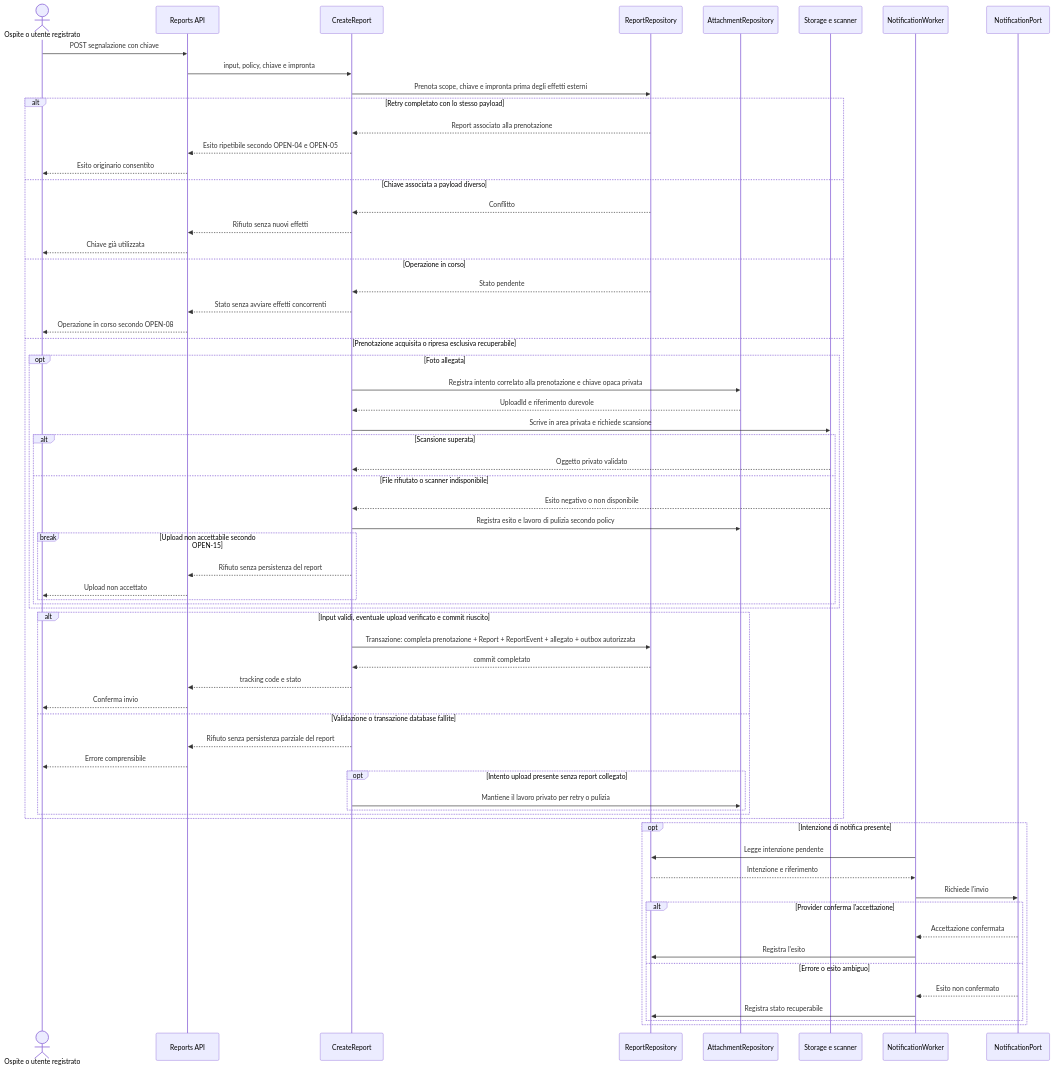
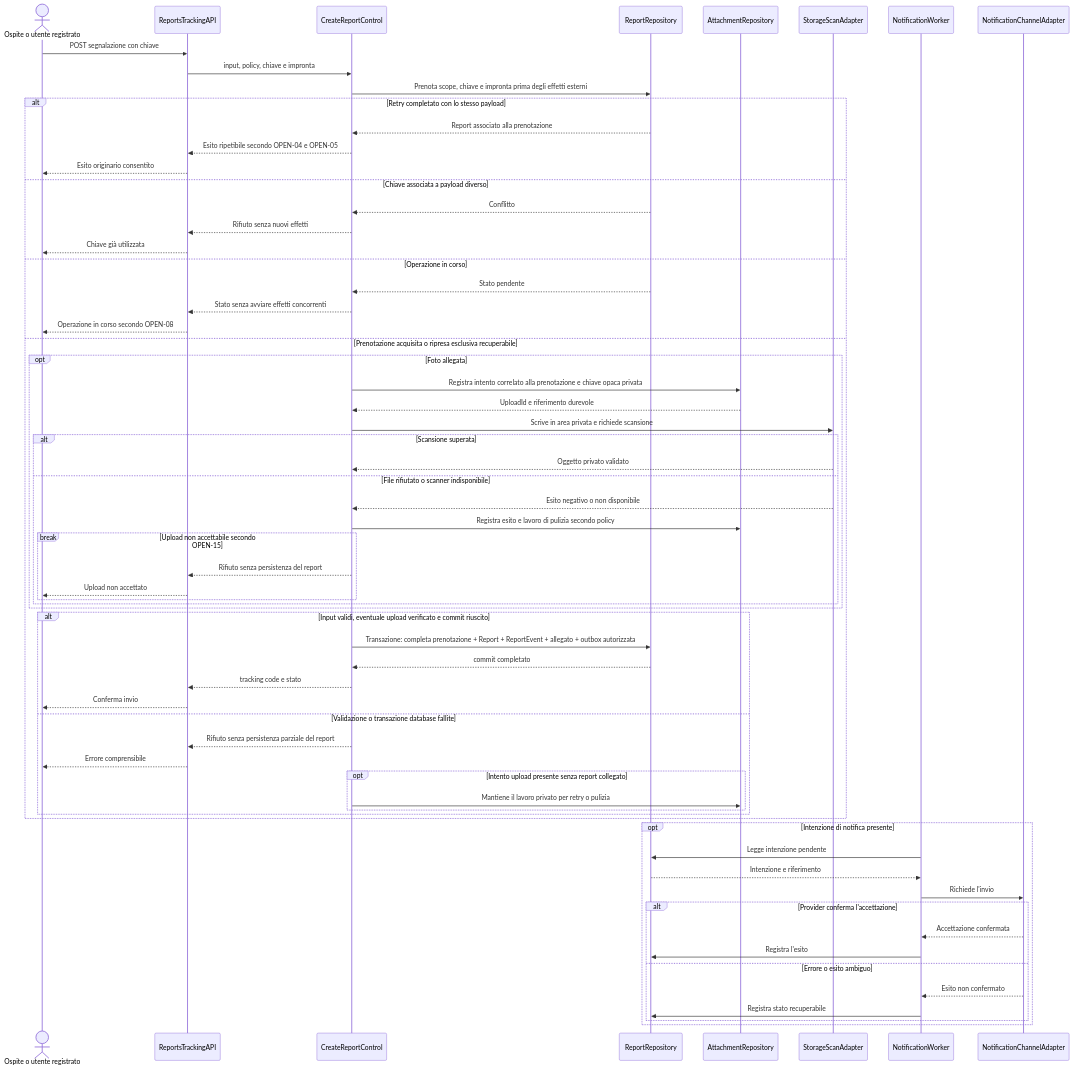
One commit to andreaplini/aegis changed the fifth of 9 diagrams in docs/RAD.md. Above: the diagram before and after it, drawn with Mermaid. The commit also changed other lines of this file and 3 other files, not shown here.

Commit message:
docs: simplify domain model and name UML objects

````diff
--- a/docs/RAD.md
+++ b/docs/RAD.md
@@ -543,68 +513,68 @@
 ```mermaid
 sequenceDiagram
   accDescr: L'API salva segnalazione, evento e intenzione di notifica autorizzata in modo atomico. Un worker invia la notifica dopo il commit e registra gli esiti.
   actor U as Ospite o utente registrato
-  participant API as Reports API
-  participant UC as CreateReport
+  participant API as ReportsTrackingAPI
+  participant UC as CreateReportControl
   participant Repo as ReportRepository
   participant Attach as AttachmentRepository
-  participant Upload as Storage e scanner
+  participant Upload as StorageScanAdapter
   participant W as NotificationWorker
-  participant N as NotificationPort
+  participant N as NotificationChannelAdapter
   U->>API: POST segnalazione con chiave
   API->>UC: input, policy, chiave e impronta
   UC->>Repo: Prenota scope, chiave e impronta prima degli effetti esterni
   alt Retry completato con lo stesso payload
     Repo-->>UC: Report associato alla prenotazione
     UC-->>API: Esito ripetibile secondo OPEN-04 e OPEN-05
     API-->>U: Esito originario consentito
   else Chiave associata a payload diverso
     Repo-->>UC: Conflitto
     UC-->>API: Rifiuto senza nuovi effetti
     API-->>U: Chiave già utilizzata
   else Operazione in corso
     Repo-->>UC: Stato pendente
     UC-->>API: Stato senza avviare effetti concorrenti
     API-->>U: Operazione in corso secondo OPEN-08
   else Prenotazione acquisita o ripresa esclusiva recuperabile
     opt Foto allegata
       UC->>Attach: Registra intento correlato alla prenotazione e chiave opaca privata
       Attach-->>UC: UploadId e riferimento durevole
       UC->>Upload: Scrive in area privata e richiede scansione
       alt Scansione superata
         Upload-->>UC: Oggetto privato validato
       else File rifiutato o scanner indisponibile
         Upload-->>UC: Esito negativo o non disponibile
         UC->>Attach: Registra esito e lavoro di pulizia secondo policy
         break Upload non accettabile secondo OPEN-15
           UC-->>API: Rifiuto senza persistenza del report
           API-->>U: Upload non accettato
         end
       end
     end
     alt Input validi, eventuale upload verificato e commit riuscito
       UC->>Repo: Transazione: completa prenotazione + Report + ReportEvent + allegato + outbox autorizzata
       Repo-->>UC: commit completato
       UC-->>API: tracking code e stato
       API-->>U: Conferma invio
     else Validazione o transazione database fallite
       UC-->>API: Rifiuto senza persistenza parziale del report
       API-->>U: Errore comprensibile
       opt Intento upload presente senza report collegato
         UC->>Attach: Mantiene il lavoro privato per retry o pulizia
       end
     end
   end
   opt Intenzione di notifica presente
     W->>Repo: Legge intenzione pendente
     Repo-->>W: Intenzione e riferimento
     W->>N: Richiede l'invio
     alt Provider conferma l'accettazione
       N-->>W: Accettazione confermata
       W->>Repo: Registra l'esito
     else Errore o esito ambiguo
       N-->>W: Esito non confermato
       W->>Repo: Registra stato recuperabile
     end
   end
 ```
````
